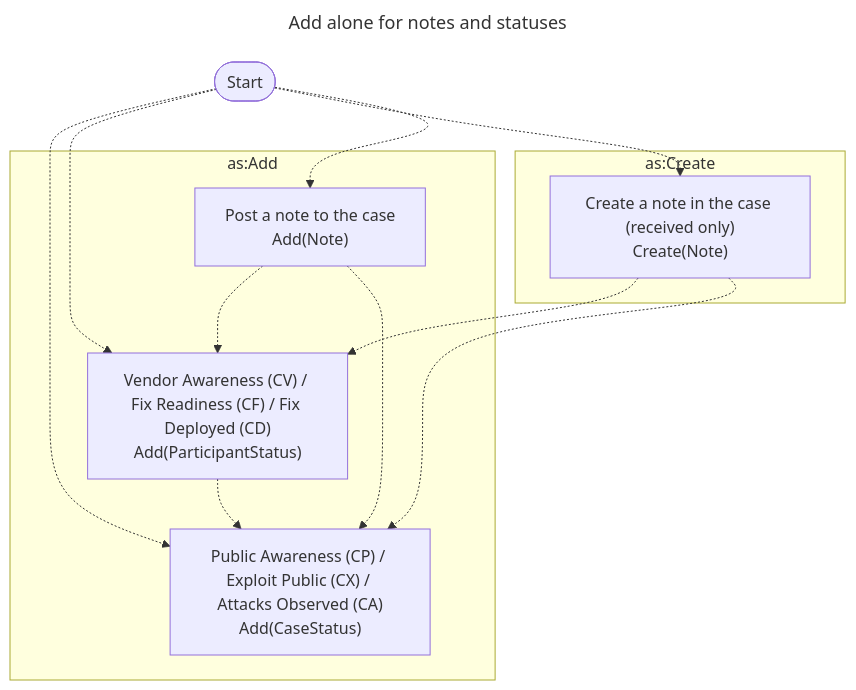
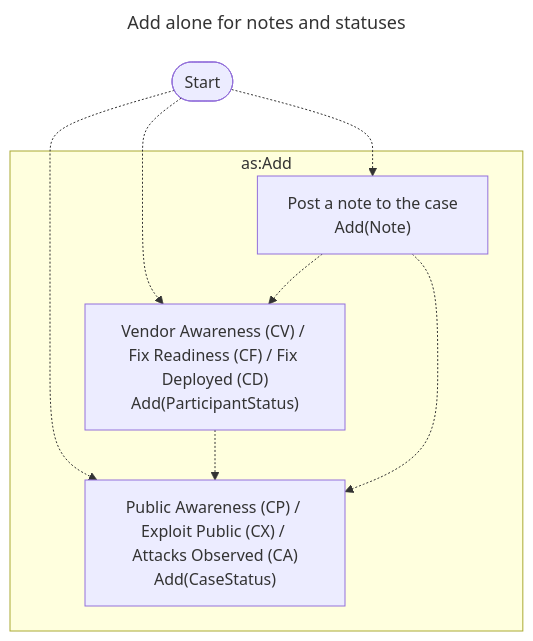
One commit to CERTCC/Vultron changed the second of 4 diagrams in docs/topics/activity_vocabulary_design.md. Above: the diagram before and after it, drawn with Mermaid. The commit also changed other lines of this file and 63 other files, not shown here.

First line of the commit message:
refactor(received): retire Create(Note) end to end

````diff
--- a/docs/topics/activity_vocabulary_design.md
+++ b/docs/topics/activity_vocabulary_design.md
@@ -119,24 +119,18 @@
 ```mermaid
 ---
 title: Add alone for notes and statuses
 ---
 flowchart TB
     subgraph as:Add
         AddNoteToCase["Post a note to the case<br/>Add(Note)"]
         AddStatusToCase["Public Awareness (CP) / Exploit Public (CX) / Attacks Observed (CA)<br/>Add(CaseStatus)"]
         AddStatusToParticipant["Vendor Awareness (CV) / Fix Readiness (CF) / Fix Deployed (CD)<br/>Add(ParticipantStatus)"]
     end
-    subgraph as:Create
-        CreateNote["Create a note in the case (received only)<br/>Create(Note)"]
-    end
     start([Start])
     start -.-> AddStatusToCase
     start -.-> AddStatusToParticipant
-    start -.-> CreateNote
     start -.-> AddNoteToCase
     AddStatusToParticipant -.-> AddStatusToCase
-    CreateNote -.-> AddStatusToParticipant
-    CreateNote -.-> AddStatusToCase
     AddNoteToCase -.-> AddStatusToParticipant
     AddNoteToCase -.-> AddStatusToCase
 ```
````
